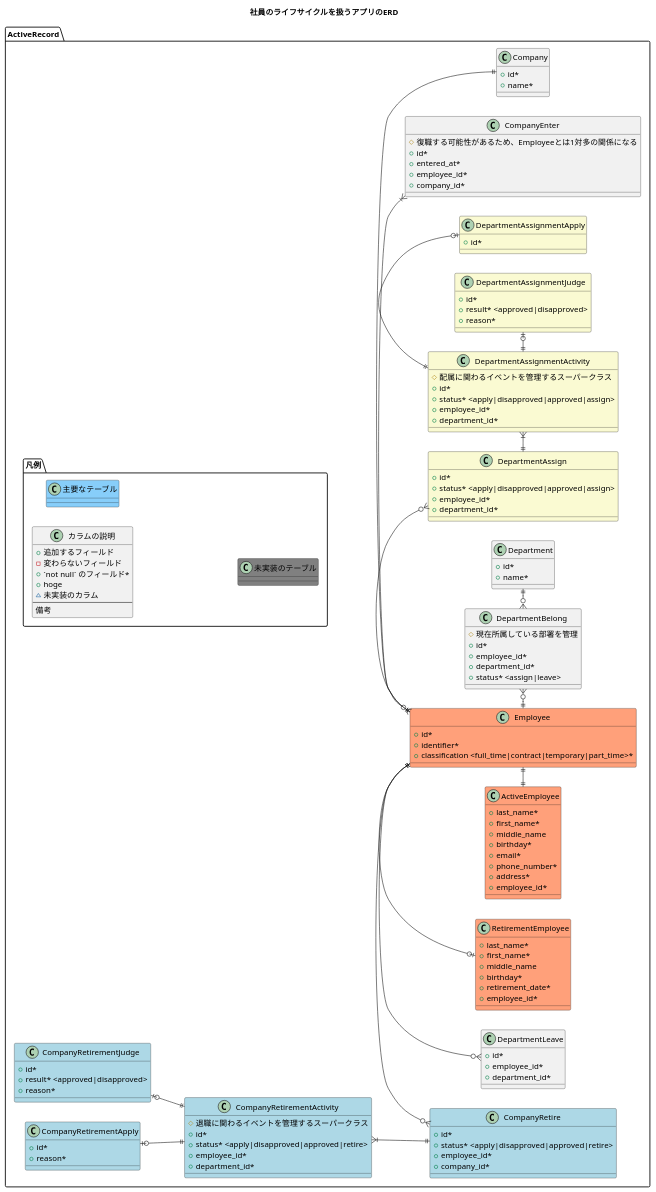
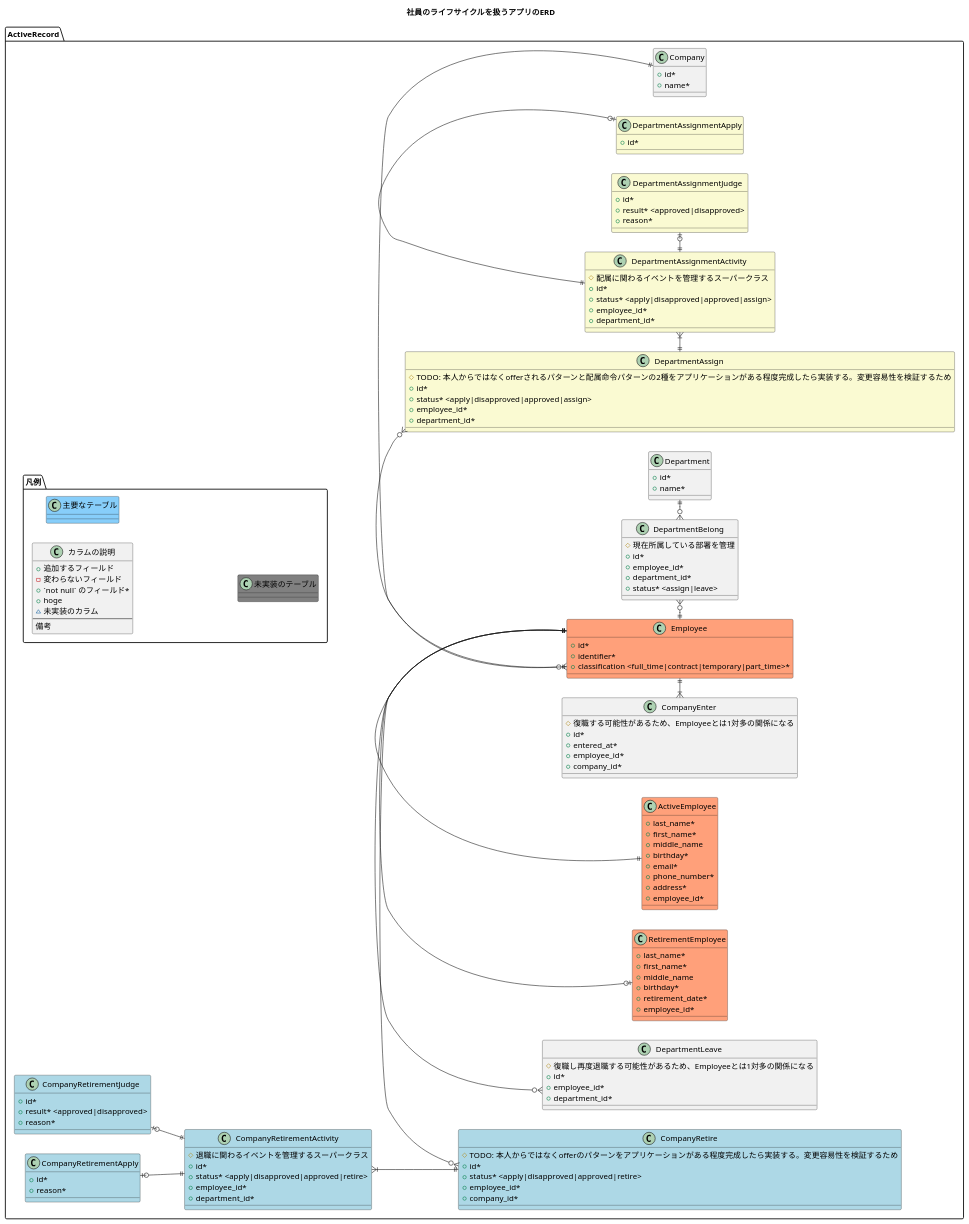
Before and after one commit to nakamori-naoya/human_resource_management_app_react: the diagram in react-app/SystemDesign/ er.puml, drawn with PlantUML.

Commit message:
comment: TODOコメントの付与

```diff
--- a/react-app/SystemDesign/ er.puml
+++ b/react-app/SystemDesign/ er.puml
@@ -1,152 +1,155 @@
 @startuml
 title
 社員のライフサイクルを扱うアプリのERD
 end title
 left to right direction
 
 namespace ActiveRecord {
   namespace 凡例 {
     class カラムの説明 {
       + 追加するフィールド
       - 変わらないフィールド
       + `not null` のフィールド*
       + hoge 
       ~ 未実装のカラム
       --
       備考
     }
 
     class 主要なテーブル #LightSkyBlue {
     }
 
     class 未実装のテーブル #Grey {
     }
   }
 
   class Employee #LightSalmon {
     + id*
     + identifier*
     + classification <full_time|contract|temporary|part_time>*
   }
 
   class ActiveEmployee #LightSalmon {
     + last_name*
     + first_name*
     + middle_name
     + birthday*
     + email*
     + phone_number*
     + address*
     + employee_id*
   }
 
   class RetirementEmployee #LightSalmon {
     + last_name*
     + first_name*
     + middle_name
     + birthday*
     + retirement_date*
     + employee_id*
   }
 
   class Company {
     + id*
     + name*
   }
 
   class CompanyEnter {
     # 復職する可能性があるため、Employeeとは1対多の関係になる
     + id*
     + entered_at*
     + employee_id*
     + company_id*
   }
 
   class CompanyRetire #LightBlue{
+    # TODO: 本人からではなくofferのパターンをアプリケーションがある程度完成したら実装する。変更容易性を検証するため
     + id*
     + status* <apply|disapproved|approved|retire>
     + employee_id*
     + company_id*
   }
 
   class CompanyRetirementActivity #LightBlue{
     # 退職に関わるイベントを管理するスーパークラス
     + id*
     + status* <apply|disapproved|approved|retire>
     + employee_id*
     + department_id*
   }
 
   class CompanyRetirementApply #LightBlue{
     + id*
     + reason* 
   }
 
   class CompanyRetirementJudge #LightBlue {
     + id*
     + result* <approved|disapproved>
     + reason* 
   }
 
   class Department {
     + id*
     + name*
   }
 
   class DepartmentAssign  #LightGoldenRodYellow{
+    # TODO: 本人からではなくofferされるパターンと配属命令パターンの2種をアプリケーションがある程度完成したら実装する。変更容易性を検証するため
     + id*
     + status* <apply|disapproved|approved|assign>
     + employee_id*
     + department_id*
   }
 
   class DepartmentAssignmentActivity #LightGoldenRodYellow{
     # 配属に関わるイベントを管理するスーパークラス
     + id*
     + status* <apply|disapproved|approved|assign>
     + employee_id*
     + department_id*
   }
 
   class DepartmentAssignmentApply #LightGoldenRodYellow{
     + id*
   }
 
   class DepartmentAssignmentJudge #LightGoldenRodYellow{
     + id*
     + result* <approved|disapproved>
     + reason* 
   }
 
   class DepartmentLeave {
+    # 復職し再度退職する可能性があるため、Employeeとは1対多の関係になる
     + id*
     + employee_id*
     + department_id*
   }
 
   class DepartmentBelong {
     # 現在所属している部署を管理
     + id*
     + employee_id*
     + department_id*
     + status* <assign|leave>
   }
 
 
   Company ||-l-o{ Employee
-  Employee ||-r-|{ CompanyEnter
+  Employee ||-l-|{ CompanyEnter
   Employee ||-l-|| ActiveEmployee
   Employee ||-l-o| RetirementEmployee
   Employee ||-l-o{ CompanyRetire
   CompanyRetire ||-u-|{ CompanyRetirementActivity
   CompanyRetirementActivity ||-u-o| CompanyRetirementApply
   CompanyRetirementActivity ||-u-o| CompanyRetirementJudge
   Employee ||-r-o{ DepartmentAssign
   DepartmentAssign ||-r-|{ DepartmentAssignmentActivity
   DepartmentAssignmentActivity ||-r-o| DepartmentAssignmentApply
   DepartmentAssignmentActivity ||-r-o| DepartmentAssignmentJudge
   Employee ||-l-o{ DepartmentLeave
   Department ||-l-o{ DepartmentBelong
   DepartmentBelong }o-l-|| Employee
 }
 @enduml
```
